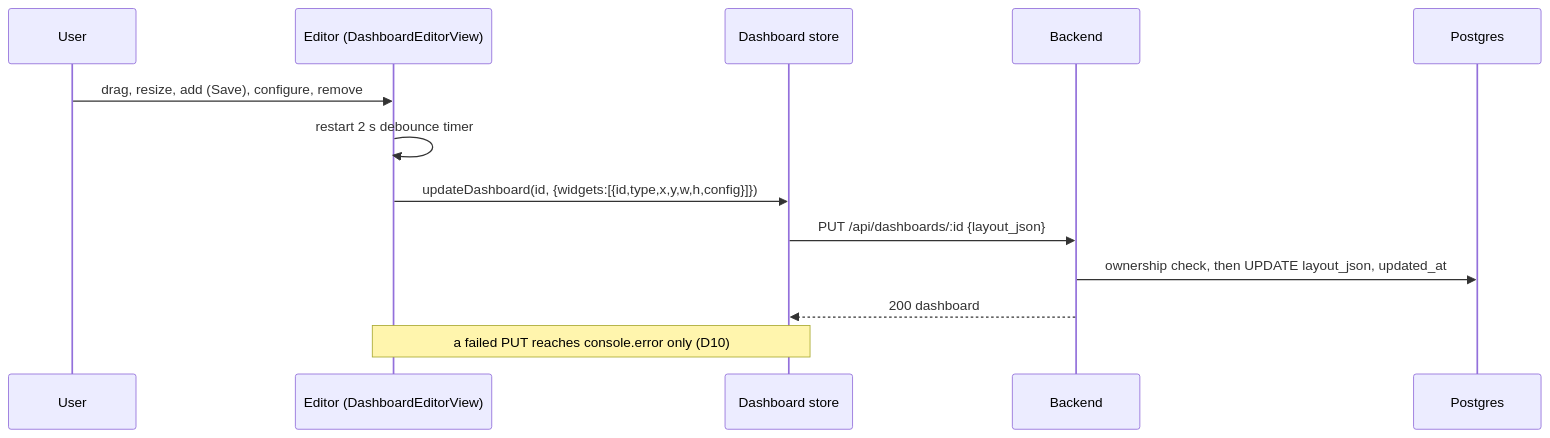
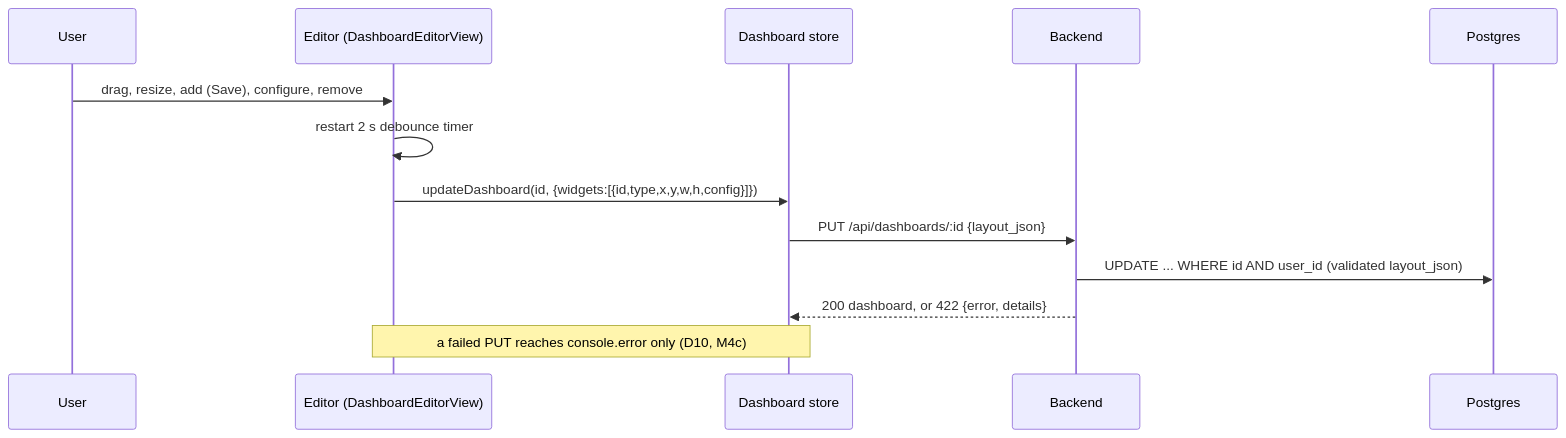
One commit to lavinhoque33/insightboard changed the second of 3 diagrams in docs/architecture/system-overview.md. Above: the diagram before and after it, drawn with Mermaid. The commit also changed other lines of this file and 55 other files, not shown here.

````diff
--- a/docs/architecture/system-overview.md
+++ b/docs/architecture/system-overview.md
@@ -45,15 +55,15 @@
 ```mermaid
 sequenceDiagram
     participant U as User
     participant E as Editor (DashboardEditorView)
     participant S as Dashboard store
     participant B as Backend
     participant P as Postgres
     U->>E: drag, resize, add (Save), configure, remove
     E->>E: restart 2 s debounce timer
     E->>S: updateDashboard(id, {widgets:[{id,type,x,y,w,h,config}]})
     S->>B: PUT /api/dashboards/:id {layout_json}
-    B->>P: ownership check, then UPDATE layout_json, updated_at
-    B-->>S: 200 dashboard
-    Note over E,S: a failed PUT reaches console.error only (D10)
+    B->>P: UPDATE ... WHERE id AND user_id (validated layout_json)
+    B-->>S: 200 dashboard, or 422 {error, details}
+    Note over E,S: a failed PUT reaches console.error only (D10, M4c)
 ```
````
